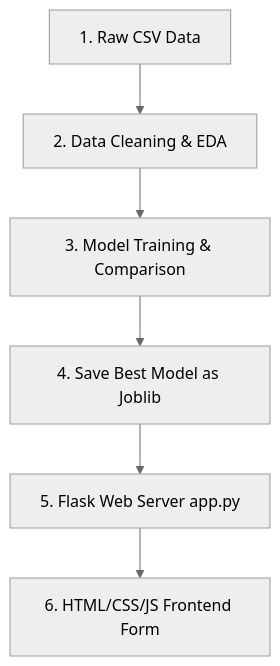
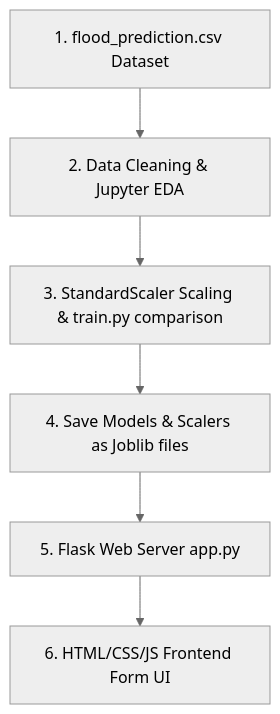
One commit to isyedrayan1/foliogalat changed the diagram in docs/flood-prediction-system.md. Above: the diagram before and after it, drawn with Mermaid (neutral theme). The commit also changed other lines of this file and 15 other files, not shown here.

````diff
--- a/docs/flood-prediction-system.md
+++ b/docs/flood-prediction-system.md
@@ -37,8 +24,8 @@
 ```mermaid
 graph TD
-    A[1. Raw CSV Data] --> B[2. Data Cleaning & EDA]
-    B --> C[3. Model Training & Comparison]
-    C --> D[4. Save Best Model as Joblib]
+    A[1. flood_prediction.csv Dataset] --> B[2. Data Cleaning & Jupyter EDA]
+    B --> C[3. StandardScaler Scaling & train.py comparison]
+    C --> D[4. Save Models & Scalers as Joblib files]
     D --> E[5. Flask Web Server app.py]
-    E --> F[6. HTML/CSS/JS Frontend Form]
+    E --> F[6. HTML/CSS/JS Frontend Form UI]
 ```
````
